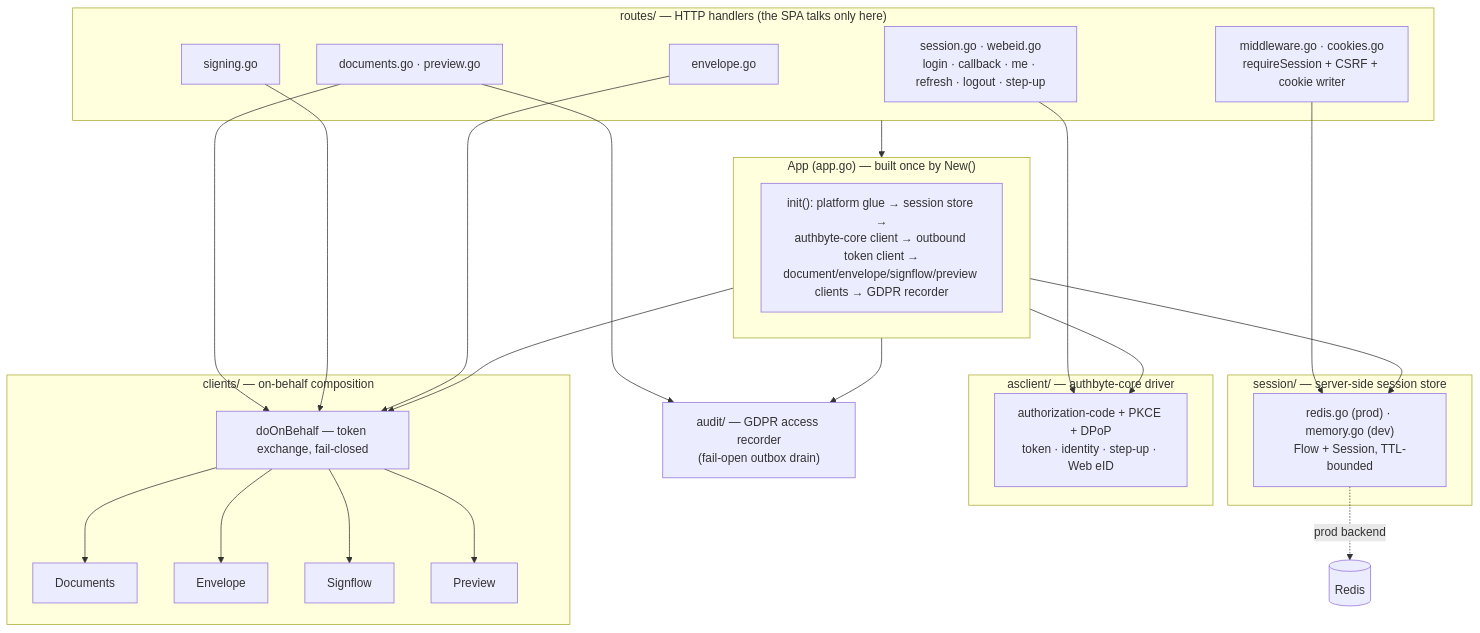
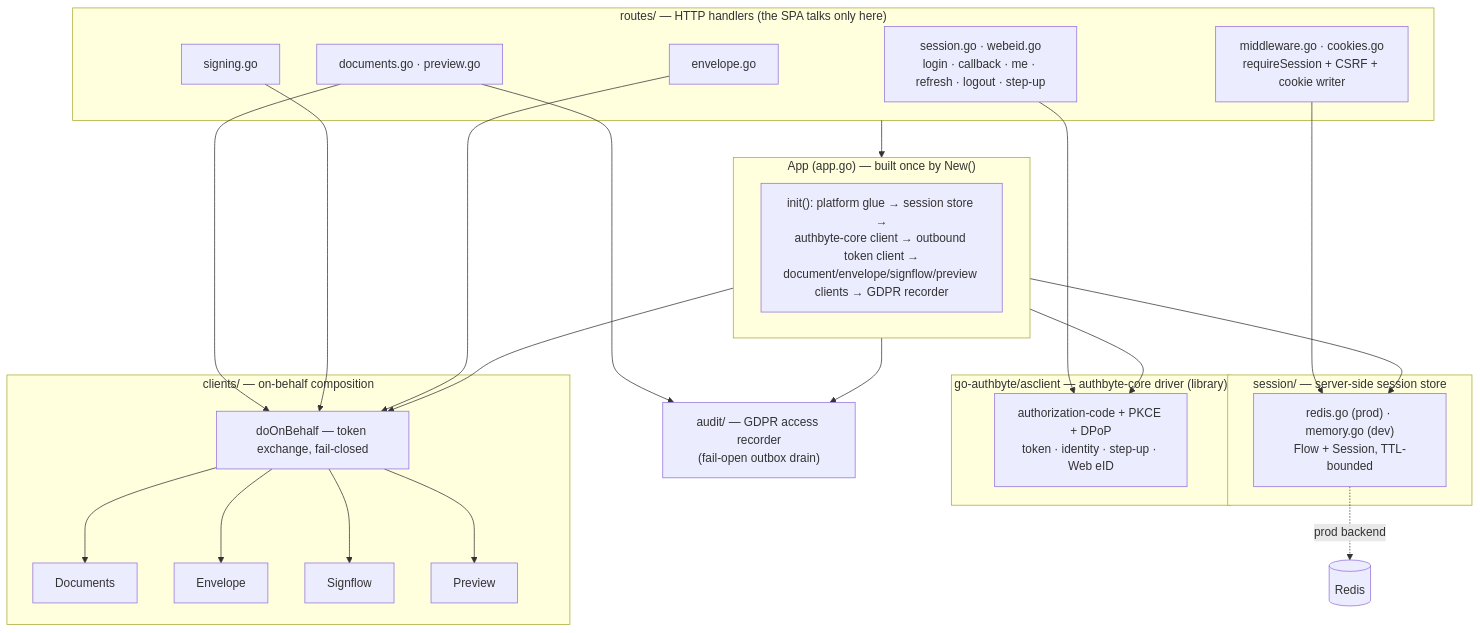
The second of 3 diagrams in README.md (signbyte/signbyte-bff), drawn with Mermaid before and after one commit. The commit also changed other lines of this file and 13 other files, not shown here.

````diff
--- a/README.md
+++ b/README.md
@@ -109,39 +109,39 @@
 ```mermaid
 flowchart TB
     subgraph App["App (app.go) — built once by New()"]
         Init["init(): platform glue → session store →<br/>authbyte-core client → outbound token client →<br/>document/envelope/signflow/preview clients → GDPR recorder"]
     end
 
     subgraph Routes["routes/ — HTTP handlers (the SPA talks only here)"]
         SESS["session.go · webeid.go<br/>login · callback · me · refresh · logout · step-up"]
         DOCS["documents.go · preview.go"]
         SIGN["signing.go"]
         ENVL["envelope.go"]
         MW["middleware.go · cookies.go<br/>requireSession + CSRF + cookie writer"]
     end
 
     subgraph Session["session/ — server-side session store"]
         REDIS["redis.go (prod) · memory.go (dev)<br/>Flow + Session, TTL-bounded"]
     end
 
-    subgraph AS["asclient/ — authbyte-core driver"]
+    subgraph AS["go-authbyte/asclient — authbyte-core driver (library)"]
         DPOP["authorization-code + PKCE + DPoP<br/>token · identity · step-up · Web eID"]
     end
 
     subgraph Clients["clients/ — on-behalf composition"]
         OBO["doOnBehalf — token exchange, fail-closed"]
         C1["Documents"]; C2["Envelope"]; C3["Signflow"]; C4["Preview"]
     end
 
     AUDIT["audit/ — GDPR access recorder<br/>(fail-open outbox drain)"]
     RDS[(Redis)]
 
     Routes --> App
     MW --> REDIS
     SESS --> DPOP
     DOCS & SIGN & ENVL --> OBO
     OBO --> C1 & C2 & C3 & C4
     DOCS --> AUDIT
     App --> REDIS & DPOP & OBO & AUDIT
     REDIS -. "prod backend" .-> RDS
 ```
````
